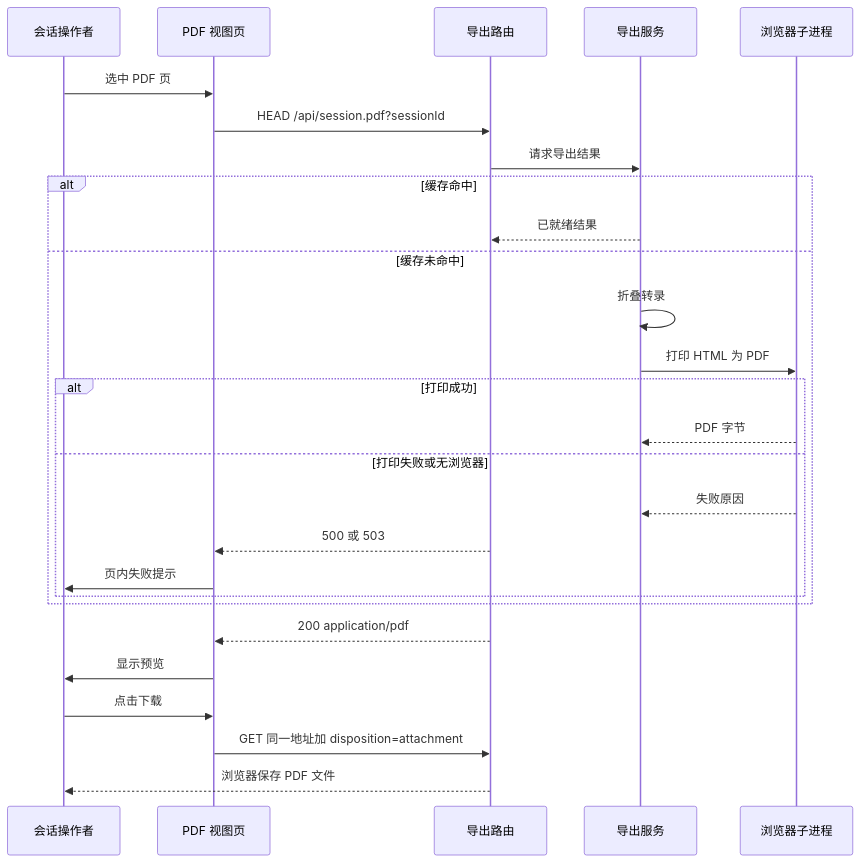
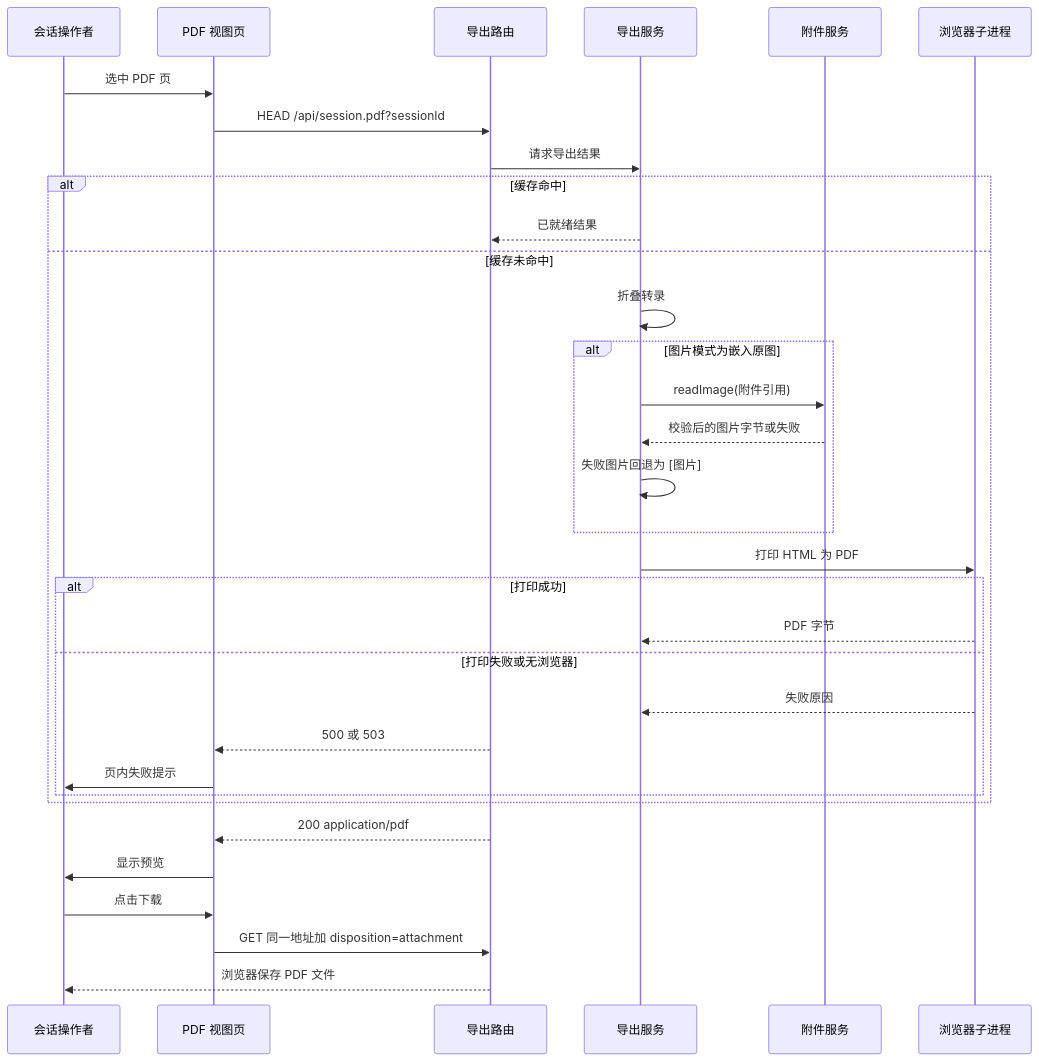
The third of 6 diagrams in SOLUTION.md (ccll/dsh-export-pdf), drawn with Mermaid before and after one commit. The commit also changed other lines of this file and 27 other files, not shown here.

First line of the commit message:
⭐ 功能(export-pdf): 增加图片三态导出（T-007）

````diff
--- a/SOLUTION.md
+++ b/SOLUTION.md
@@ -96,29 +96,35 @@
 ```mermaid
 sequenceDiagram
   participant U as 会话操作者
   participant V as PDF 视图页
   participant R as 导出路由
   participant S as 导出服务
+  participant A as 附件服务
   participant B as 浏览器子进程
   U->>V: 选中 PDF 页
   V->>R: HEAD /api/session.pdf?sessionId
   R->>S: 请求导出结果
   alt 缓存命中
     S-->>R: 已就绪结果
   else 缓存未命中
     S->>S: 折叠转录
+    alt 图片模式为嵌入原图
+      S->>A: readImage(附件引用)
+      A-->>S: 校验后的图片字节或失败
+      S->>S: 失败图片回退为 [图片]
+    end
     S->>B: 打印 HTML 为 PDF
     alt 打印成功
       B-->>S: PDF 字节
     else 打印失败或无浏览器
       B-->>S: 失败原因
       R-->>V: 500 或 503
       V->>U: 页内失败提示
     end
   end
   R-->>V: 200 application/pdf
   V->>U: 显示预览
   U->>V: 点击下载
   V->>R: GET 同一地址加 disposition=attachment
   R-->>U: 浏览器保存 PDF 文件
 ```
````
